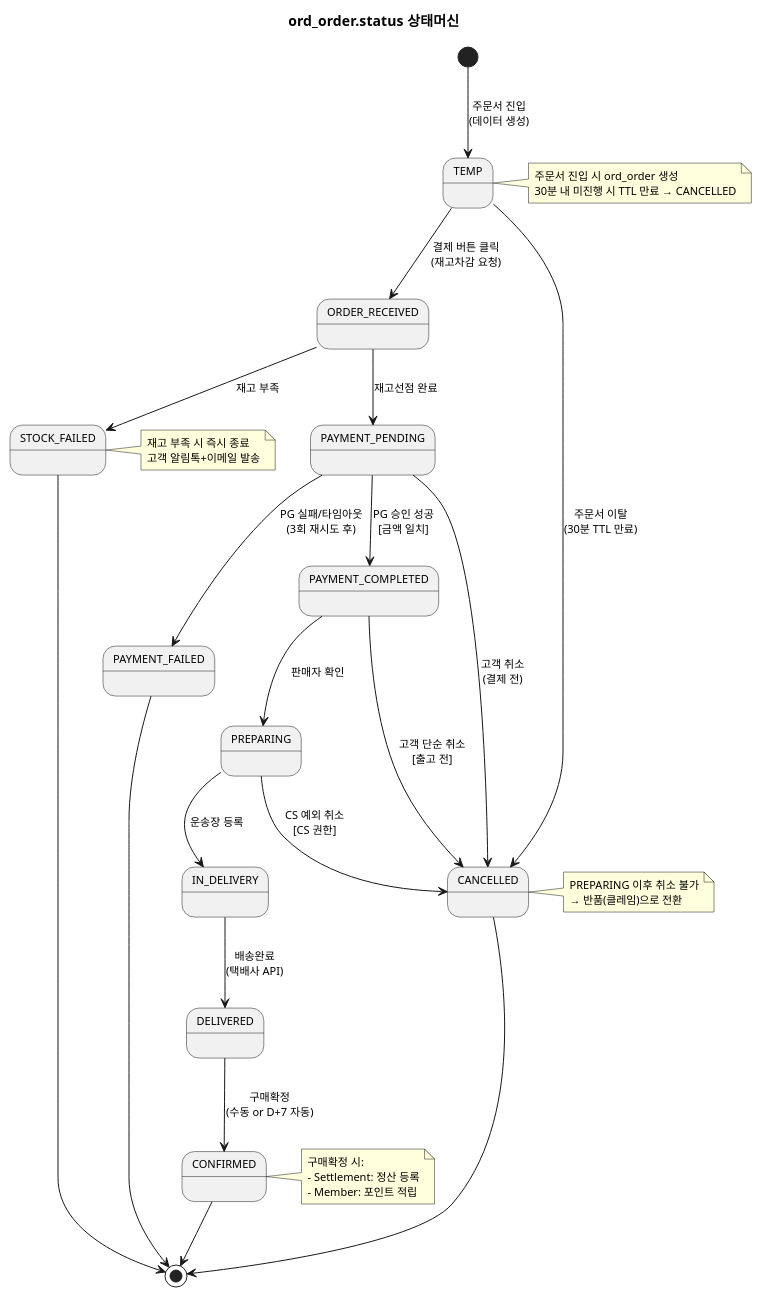
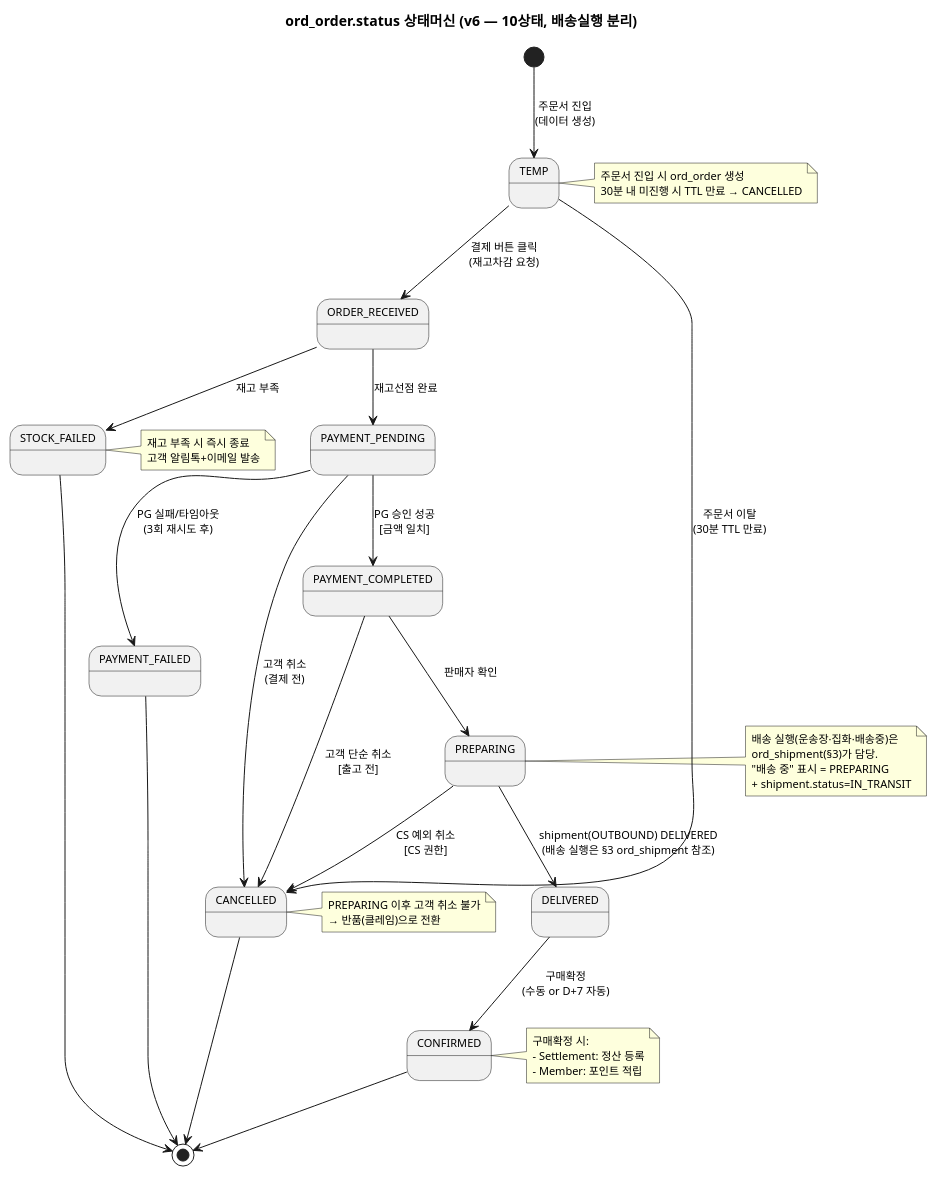
One commit to parknahyun/runNShop changed the first of 3 diagrams in docs/자산화-단계별/S2-구조설계/10-상태머신(Order).md. Above: the diagram before and after it, drawn with PlantUML. The commit also changed other lines of this file and 14 other files, not shown here.

First line of the commit message:
docs: Order 배송/클레임 상태머신 배송실행 분리(v6) + 바텀업 재검증 2라운드

````diff
--- a/docs/자산화-단계별/S2-구조설계/10-상태머신(Order).md
+++ b/docs/자산화-단계별/S2-구조설계/10-상태머신(Order).md
@@ -40,56 +41,61 @@
 ```plantuml
 @startuml
 skinparam backgroundColor transparent
 skinparam defaultFontSize 11
-title ord_order.status 상태머신
+title ord_order.status 상태머신 (v6 — 10상태, 배송실행 분리)
 
 [*] --> TEMP : 주문서 진입\n(데이터 생성)
 
 TEMP --> ORDER_RECEIVED : 결제 버튼 클릭\n(재고차감 요청)
 TEMP --> CANCELLED : 주문서 이탈\n(30분 TTL 만료)
 
 ORDER_RECEIVED --> PAYMENT_PENDING : 재고선점 완료
 ORDER_RECEIVED --> STOCK_FAILED : 재고 부족
 
 PAYMENT_PENDING --> PAYMENT_COMPLETED : PG 승인 성공\n[금액 일치]
 PAYMENT_PENDING --> PAYMENT_FAILED : PG 실패/타임아웃\n(3회 재시도 후)
 PAYMENT_PENDING --> CANCELLED : 고객 취소\n(결제 전)
 
 PAYMENT_COMPLETED --> PREPARING : 판매자 확인
 PAYMENT_COMPLETED --> CANCELLED : 고객 단순 취소\n[출고 전]
 
-PREPARING --> IN_DELIVERY : 운송장 등록
+PREPARING --> DELIVERED : shipment(OUTBOUND) DELIVERED\n(배송 실행은 §3 ord_shipment 참조)
 PREPARING --> CANCELLED : CS 예외 취소\n[CS 권한]
-
-IN_DELIVERY --> DELIVERED : 배송완료\n(택배사 API)
 
 DELIVERED --> CONFIRMED : 구매확정\n(수동 or D+7 자동)
 
 CONFIRMED --> [*]
 CANCELLED --> [*]
 PAYMENT_FAILED --> [*]
 STOCK_FAILED --> [*]
 
 note right of TEMP
   주문서 진입 시 ord_order 생성
   30분 내 미진행 시 TTL 만료 → CANCELLED
 end note
 
 note right of STOCK_FAILED
   재고 부족 시 즉시 종료
   고객 알림톡+이메일 발송
 end note
 
+note right of PREPARING
+  배송 실행(운송장·집화·배송중)은
+  ord_shipment(§3)가 담당.
+  "배송 중" 표시 = PREPARING
+  + shipment.status=IN_TRANSIT
+end note
+
 note right of CANCELLED
-  PREPARING 이후 취소 불가
+  PREPARING 이후 고객 취소 불가
   → 반품(클레임)으로 전환
 end note
 
 note right of CONFIRMED
   구매확정 시:
   - Settlement: 정산 등록
   - Member: 포인트 적립
 end note
 
 @enduml
 ```
````
